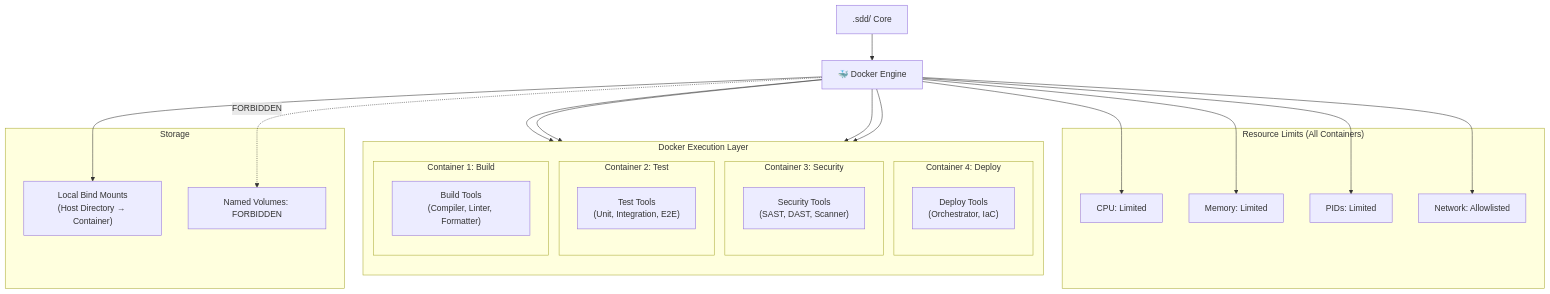
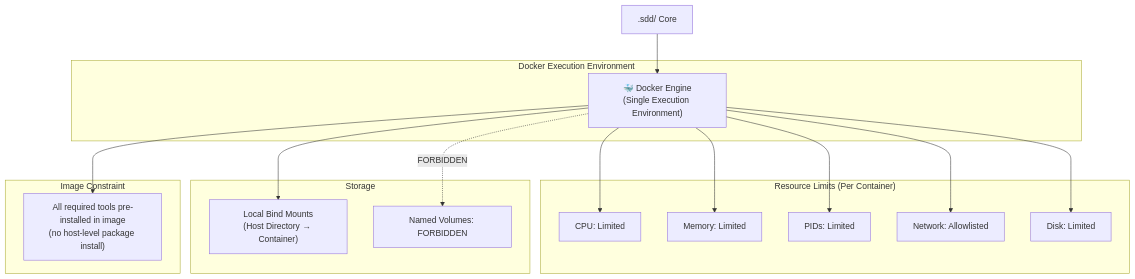
Before and after one commit to sdd-ra/sddra: the second of 21 diagrams in README.md, drawn with Mermaid. The commit also changed other lines of this file, not shown here.

````diff
--- a/README.md
+++ b/README.md
@@ -66,45 +66,35 @@
 ```mermaid
 graph TB
-    subgraph "Docker Execution Layer"
-        direction TB
-        subgraph "Container 4: Deploy"
-            DEPLOY_TOOLS["Deploy Tools<br/>(Orchestrator, IaC)"]
-        end
-        subgraph "Container 3: Security"
-            SEC_TOOLS["Security Tools<br/>(SAST, DAST, Scanner)"]
-        end
-        subgraph "Container 2: Test"
-            TEST_TOOLS["Test Tools<br/>(Unit, Integration, E2E)"]
-        end
-        subgraph "Container 1: Build"
-            BUILD_TOOLS["Build Tools<br/>(Compiler, Linter, Formatter)"]
-        end
+    subgraph "Docker Execution Environment"
+        DOCKER_ENGINE["🐳 Docker Engine<br/>(Single Execution Environment)"]
     end
 
-    subgraph "Resource Limits (All Containers)"
+    subgraph "Resource Limits (Per Container)"
         CPU["CPU: Limited"]
         MEM["Memory: Limited"]
         PIDS["PIDs: Limited"]
         NET["Network: Allowlisted"]
+        DISK["Disk: Limited"]
     end
 
     subgraph "Storage"
         BIND_MOUNT["Local Bind Mounts<br/>(Host Directory → Container)"]
         NO_VOLUMES["Named Volumes: FORBIDDEN"]
     end
 
-    DOCKER_ENGINE["🐳 Docker Engine"] --> BUILD_TOOLS
-    DOCKER_ENGINE --> TEST_TOOLS
-    DOCKER_ENGINE --> SEC_TOOLS
-    DOCKER_ENGINE --> DEPLOY_TOOLS
+    subgraph "Image Constraint"
+        IMAGE["All required tools pre-installed in image<br/>(no host-level package install)"]
+    end
 
     DOCKER_ENGINE --> CPU
     DOCKER_ENGINE --> MEM
     DOCKER_ENGINE --> PIDS
     DOCKER_ENGINE --> NET
+    DOCKER_ENGINE --> DISK
 
     DOCKER_ENGINE --> BIND_MOUNT
     DOCKER_ENGINE -.->|FORBIDDEN| NO_VOLUMES
+    DOCKER_ENGINE --> IMAGE
 
     SDD_CORE[".sdd/ Core"] --> DOCKER_ENGINE
 ```
````
